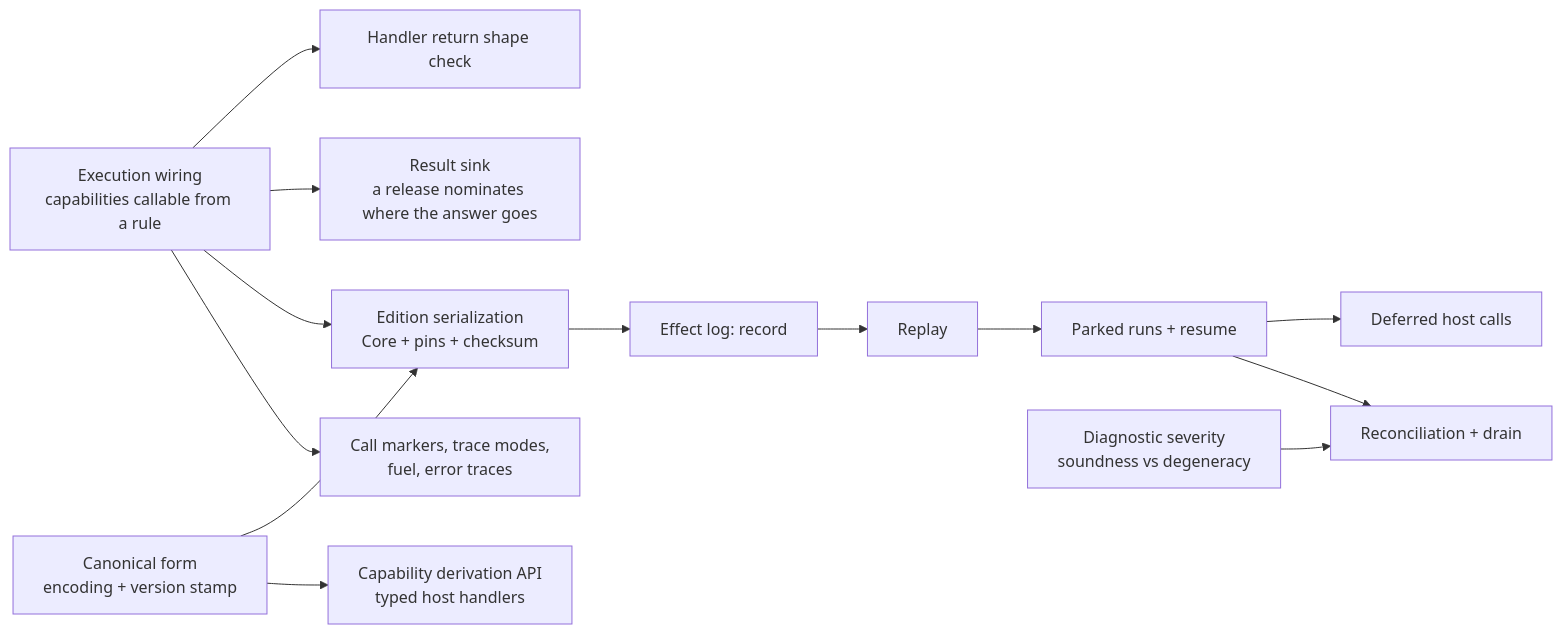
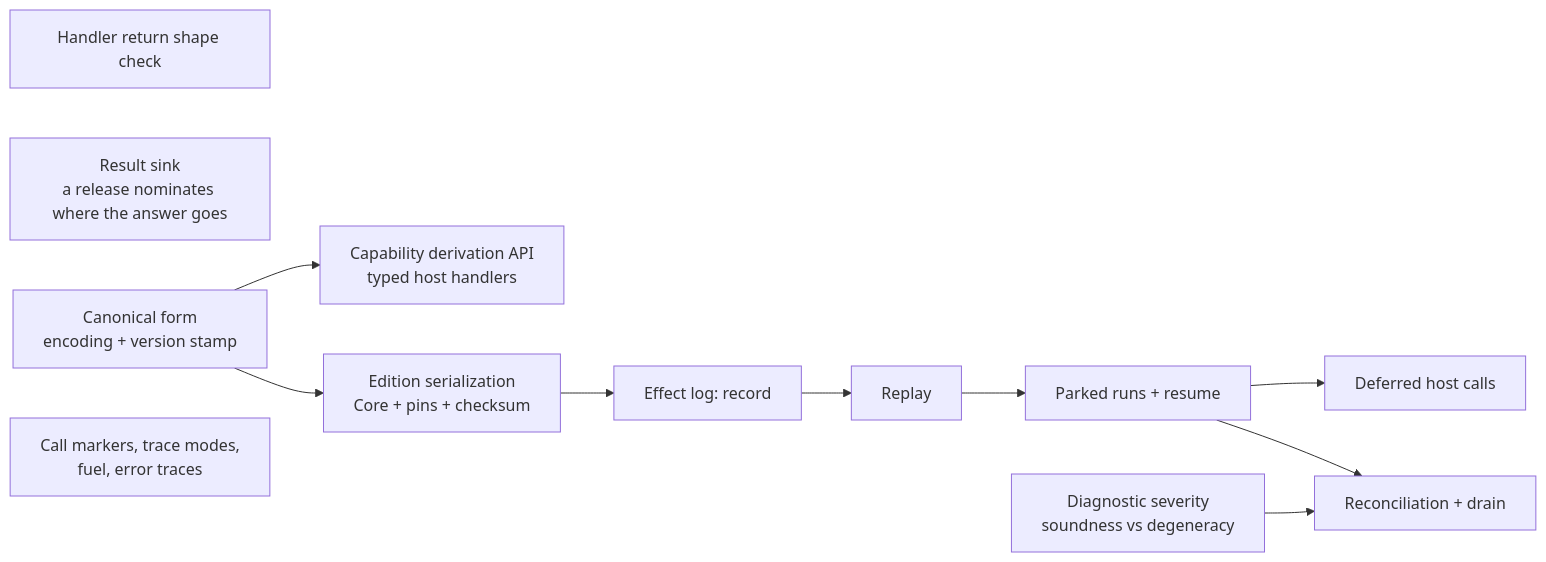
One commit to txsmith/klein changed the diagram in docs/host-integration-roadmap.md. Above: the diagram before and after it, drawn with Mermaid. The commit also changed other lines of this file and 6 other files, not shown here.

````diff
--- a/docs/host-integration-roadmap.md
+++ b/docs/host-integration-roadmap.md
@@ -19,31 +35,26 @@
 ```mermaid
 graph LR
-    EXEC["Execution wiring<br/>capabilities callable from a rule"]
     SHAPE["Handler return shape check"]
     SINK["Result sink<br/>a release nominates where the answer goes"]
     DERIVE["Capability derivation API<br/>typed host handlers"]
 
     CANON["Canonical form<br/>encoding + version stamp"]
     ED["Edition serialization<br/>Core + pins + checksum"]
     LOGREC["Effect log: record"]
     REPLAY["Replay"]
     PARK["Parked runs + resume"]
     DEFER["Deferred host calls"]
     SEV["Diagnostic severity<br/>soundness vs degeneracy"]
     RECON["Reconciliation + drain"]
 
     TRACE["Call markers, trace modes,<br/>fuel, error traces"]
 
-    EXEC --> SHAPE
-    EXEC --> SINK
-    EXEC --> ED
     CANON --> ED
     CANON --> DERIVE
     ED --> LOGREC
     LOGREC --> REPLAY
     REPLAY --> PARK
     PARK --> DEFER
     PARK --> RECON
     SEV --> RECON
-    EXEC --> TRACE
 ```
````
